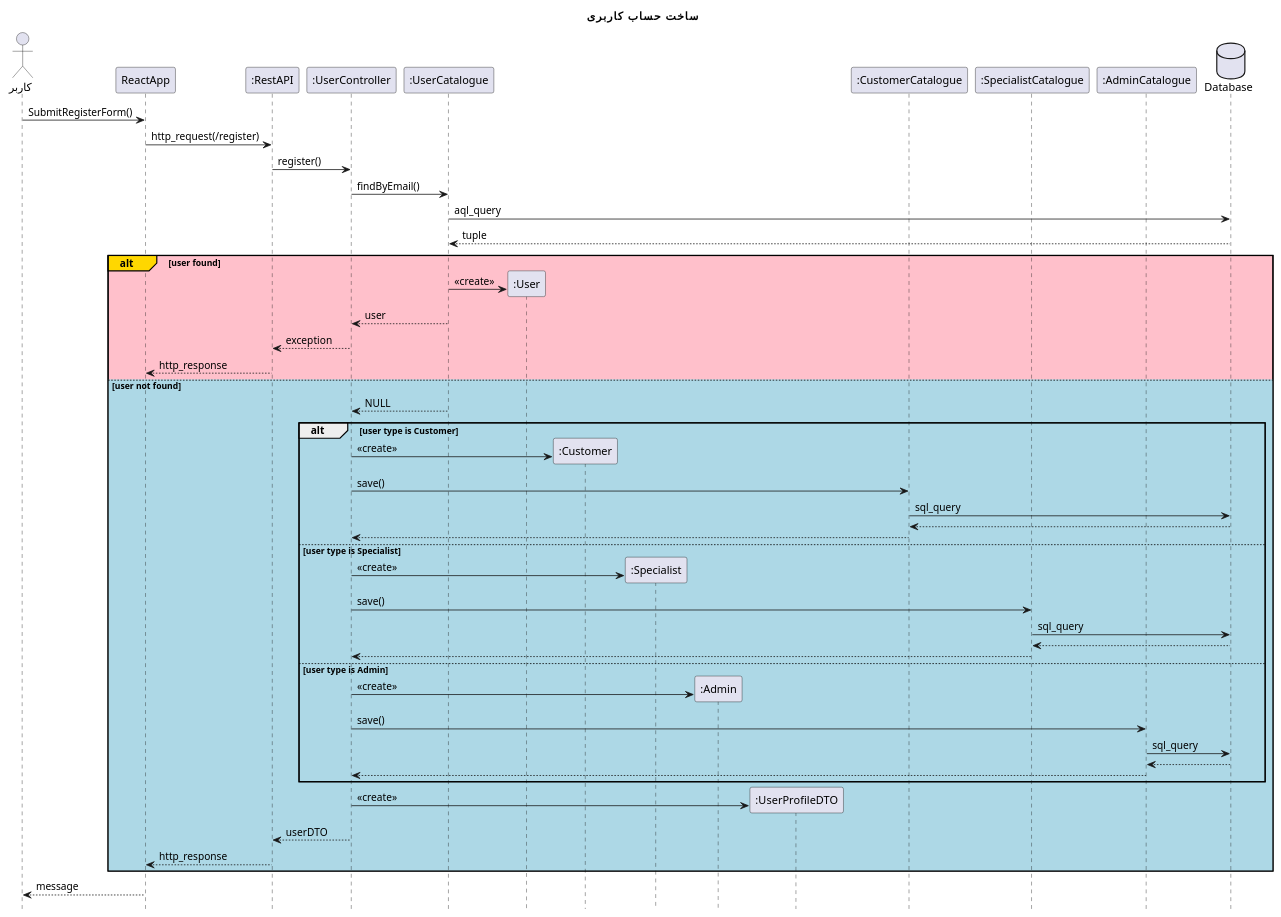
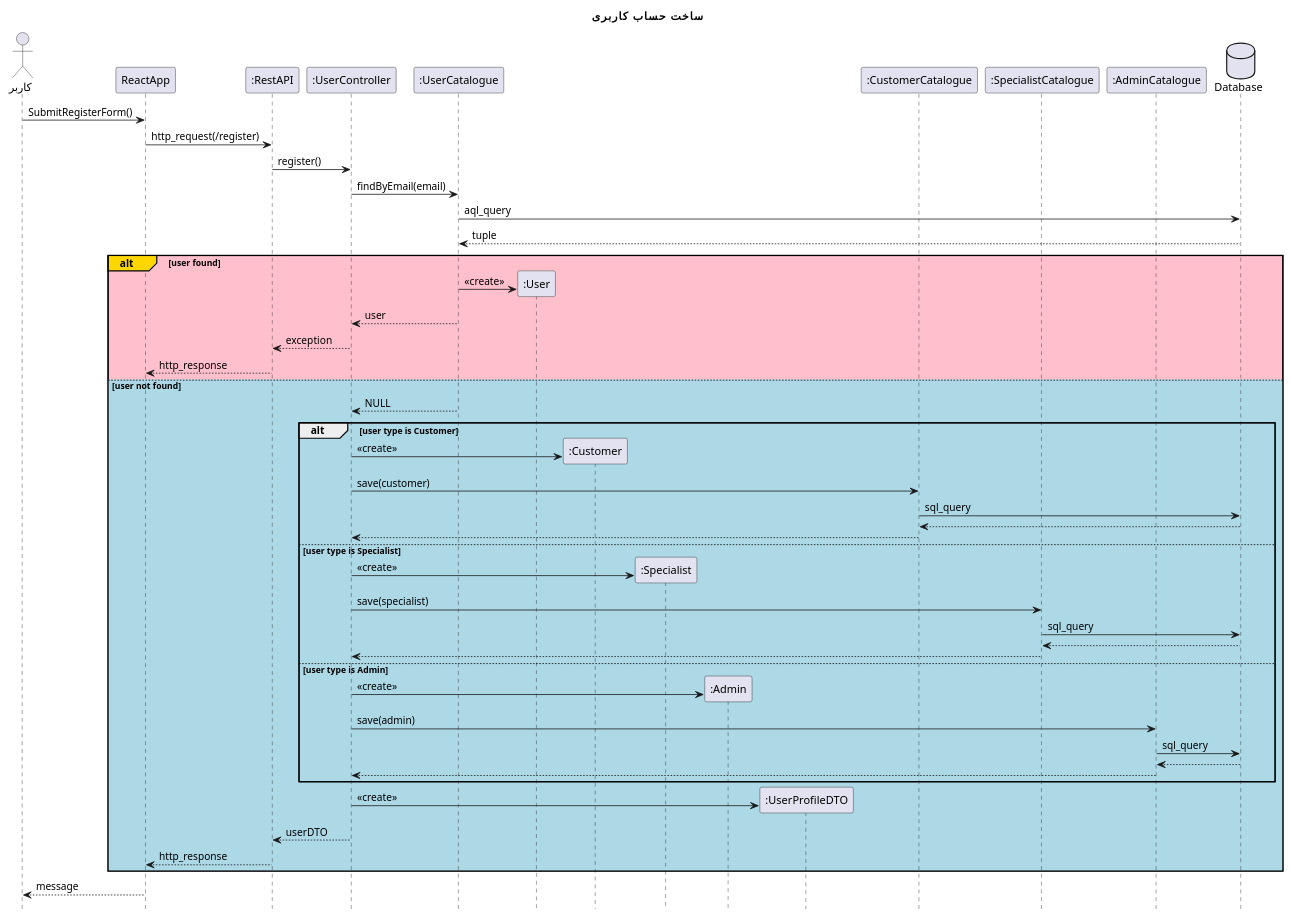
One commit to Khedmatkar-OOD-spring-2022/Model-and-Documents changed the diagram in design sequence diagams/register.plantuml. Above: the diagram before and after it, drawn with PlantUML. The commit also changed 26 other files, not shown here.

```diff
--- a/design sequence diagams/register.plantuml
+++ b/design sequence diagams/register.plantuml
@@ -1,68 +1,68 @@
 @startuml register
 hide footbox
 title "ساخت حساب کاربری"
 actor       کاربر as user
 participant ReactApp
 participant ":RestAPI" as RestAPI
 participant ":UserController" as UserController
 participant ":UserCatalogue" as UserCatalogue
 participant ":User" as User
 participant ":Customer" as Customer
 participant ":Specialist" as Specialist
 participant ":Admin" as Admin
 participant ":UserProfileDTO" as UserProfileDTO
 participant ":CustomerCatalogue" as CustomerCatalogue
 participant ":SpecialistCatalogue" as SpecialistCatalogue
 participant ":AdminCatalogue" as AdminCatalogue
 database Database
 
 user -> ReactApp: SubmitRegisterForm()
 ReactApp -> RestAPI: http_request(/register)
 RestAPI -> UserController: register()
-UserController -> UserCatalogue: findByEmail()
+UserController -> UserCatalogue: findByEmail(email)
 UserCatalogue -> Database: aql_query
 return tuple
 alt#Gold #Pink user found
 
     UserCatalogue -> User **: <<create>>
     UserCatalogue --> UserController: user
     UserController --> RestAPI: exception
     RestAPI --> ReactApp: http_response
 
 else #LightBlue user not found
 
     UserCatalogue --> UserController: NULL
 
     alt user type is Customer
 
         UserController -> Customer **: <<create>>
-        UserController -> CustomerCatalogue: save()
+        UserController -> CustomerCatalogue: save(customer)
         CustomerCatalogue -> Database: sql_query
         return
         CustomerCatalogue --> UserController
     
     else user type is Specialist
 
         UserController -> Specialist **: <<create>>
-        UserController -> SpecialistCatalogue: save()
+        UserController -> SpecialistCatalogue: save(specialist)
         SpecialistCatalogue -> Database: sql_query
         return
         SpecialistCatalogue --> UserController
 
     else user type is Admin
 
         UserController -> Admin **: <<create>>
-        UserController -> AdminCatalogue: save()
+        UserController -> AdminCatalogue: save(admin)
         AdminCatalogue -> Database: sql_query
         return
         AdminCatalogue --> UserController
 
     end
 
     UserController -> UserProfileDTO **: <<create>>
     UserController --> RestAPI: userDTO
     RestAPI --> ReactApp: http_response
 end
 
 ReactApp --> user: message
 @enduml
```
